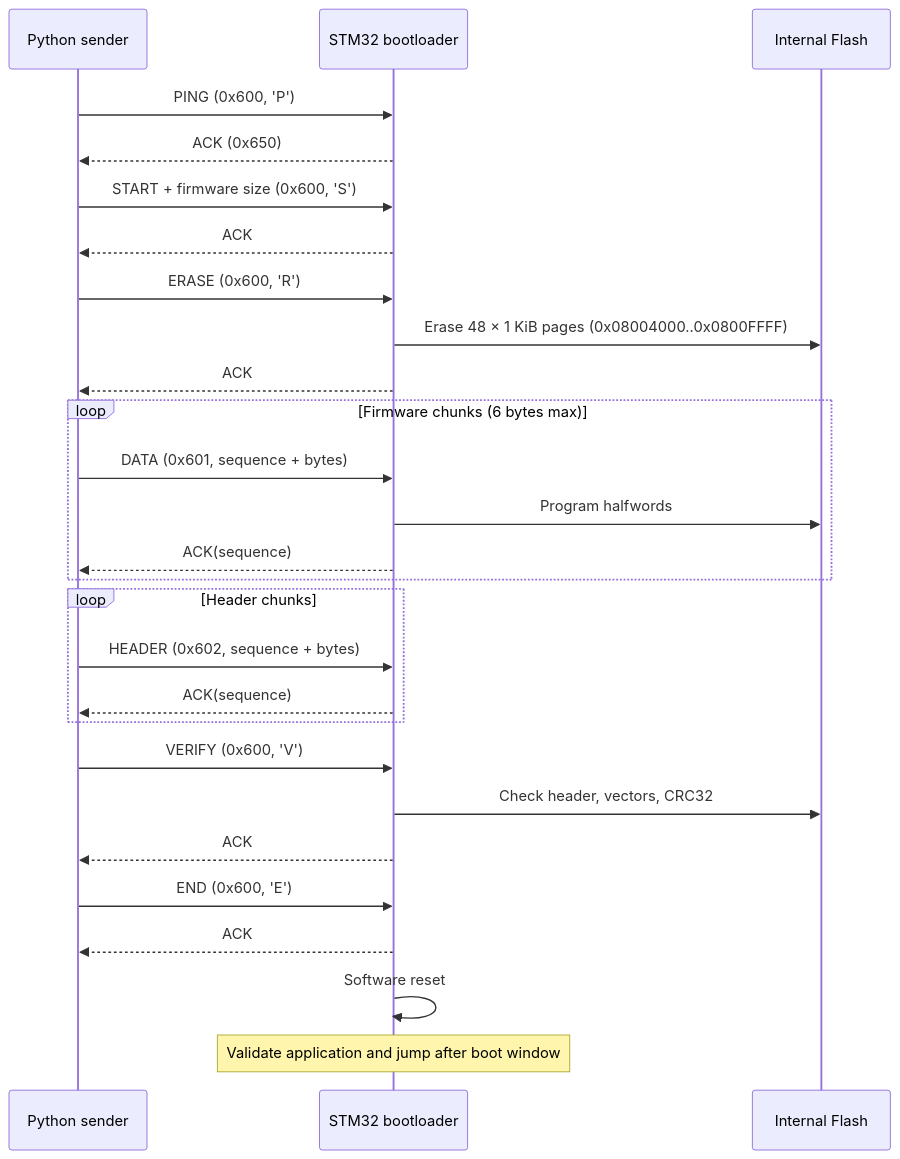
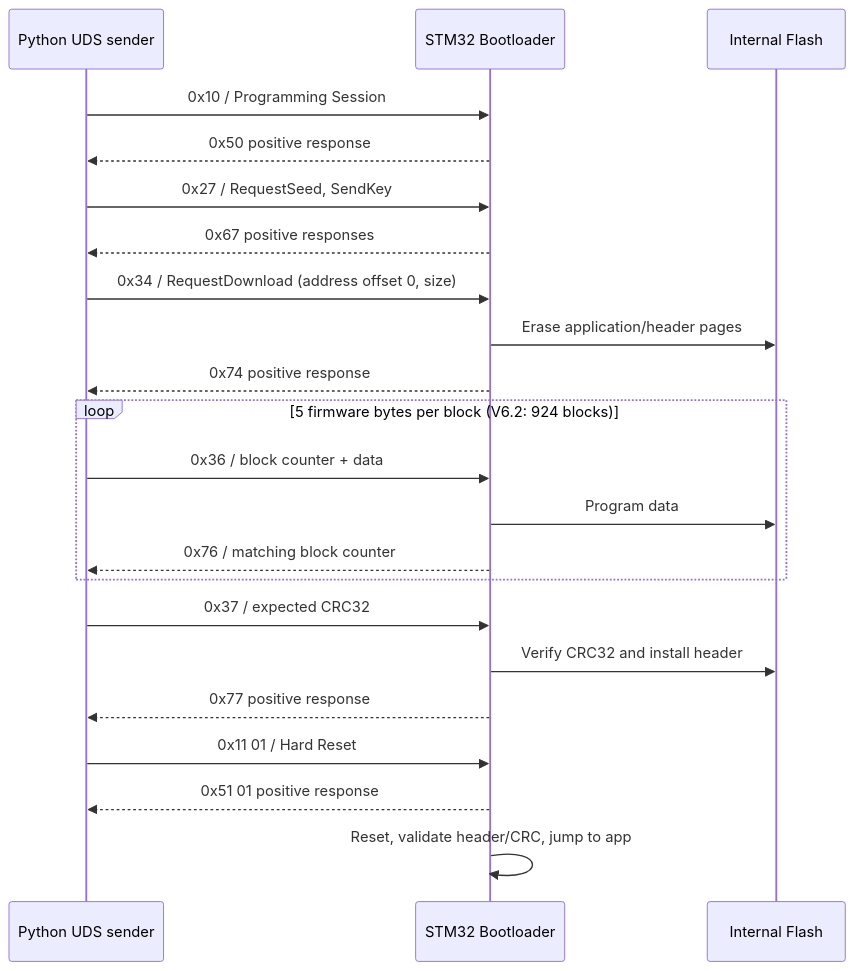
One commit to mohamed-naitsaid/embedded-automotive-portfolio changed the diagram in projects/01-stm32-custom-bootloader/README.md. Above: the diagram before and after it, drawn with Mermaid. The commit also changed other lines of this file, not shown here.

Commit message:
docs: document hardware-validated UDS firmware update V6.2

````diff
--- a/projects/01-stm32-custom-bootloader/README.md
+++ b/projects/01-stm32-custom-bootloader/README.md
@@ -171,29 +165,24 @@
 ```mermaid
 sequenceDiagram
-    participant PC as Python sender
-    participant BL as STM32 bootloader
+    participant PC as Python UDS sender
+    participant ECU as STM32 Bootloader
     participant Flash as Internal Flash
-    PC->>BL: PING (0x600, 'P')
-    BL-->>PC: ACK (0x650)
-    PC->>BL: START + firmware size (0x600, 'S')
-    BL-->>PC: ACK
-    PC->>BL: ERASE (0x600, 'R')
-    BL->>Flash: Erase 48 × 1 KiB pages (0x08004000..0x0800FFFF)
-    BL-->>PC: ACK
-    loop Firmware chunks (6 bytes max)
-        PC->>BL: DATA (0x601, sequence + bytes)
-        BL->>Flash: Program halfwords
-        BL-->>PC: ACK(sequence)
+    PC->>ECU: 0x10 / Programming Session
+    ECU-->>PC: 0x50 positive response
+    PC->>ECU: 0x27 / RequestSeed, SendKey
+    ECU-->>PC: 0x67 positive responses
+    PC->>ECU: 0x34 / RequestDownload (address offset 0, size)
+    ECU->>Flash: Erase application/header pages
+    ECU-->>PC: 0x74 positive response
+    loop 5 firmware bytes per block (V6.2: 924 blocks)
+        PC->>ECU: 0x36 / block counter + data
+        ECU->>Flash: Program data
+        ECU-->>PC: 0x76 / matching block counter
     end
-    loop Header chunks
-        PC->>BL: HEADER (0x602, sequence + bytes)
-        BL-->>PC: ACK(sequence)
-    end
-    PC->>BL: VERIFY (0x600, 'V')
-    BL->>Flash: Check header, vectors, CRC32
-    BL-->>PC: ACK
-    PC->>BL: END (0x600, 'E')
-    BL-->>PC: ACK
-    BL->>BL: Software reset
-    Note over BL: Validate application and jump after boot window
+    PC->>ECU: 0x37 / expected CRC32
+    ECU->>Flash: Verify CRC32 and install header
+    ECU-->>PC: 0x77 positive response
+    PC->>ECU: 0x11 01 / Hard Reset
+    ECU-->>PC: 0x51 01 positive response
+    ECU->>ECU: Reset, validate header/CRC, jump to app
 ```
````
